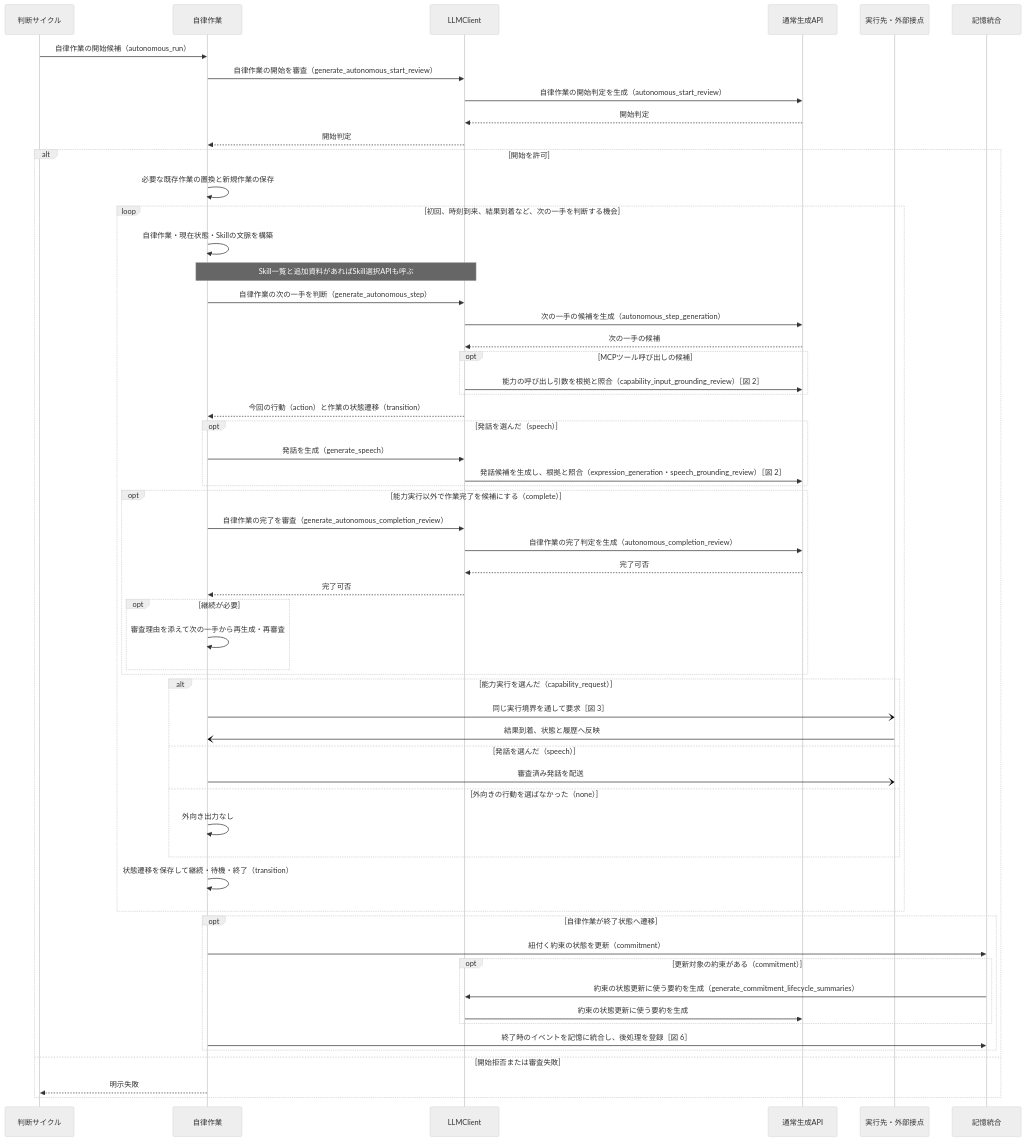
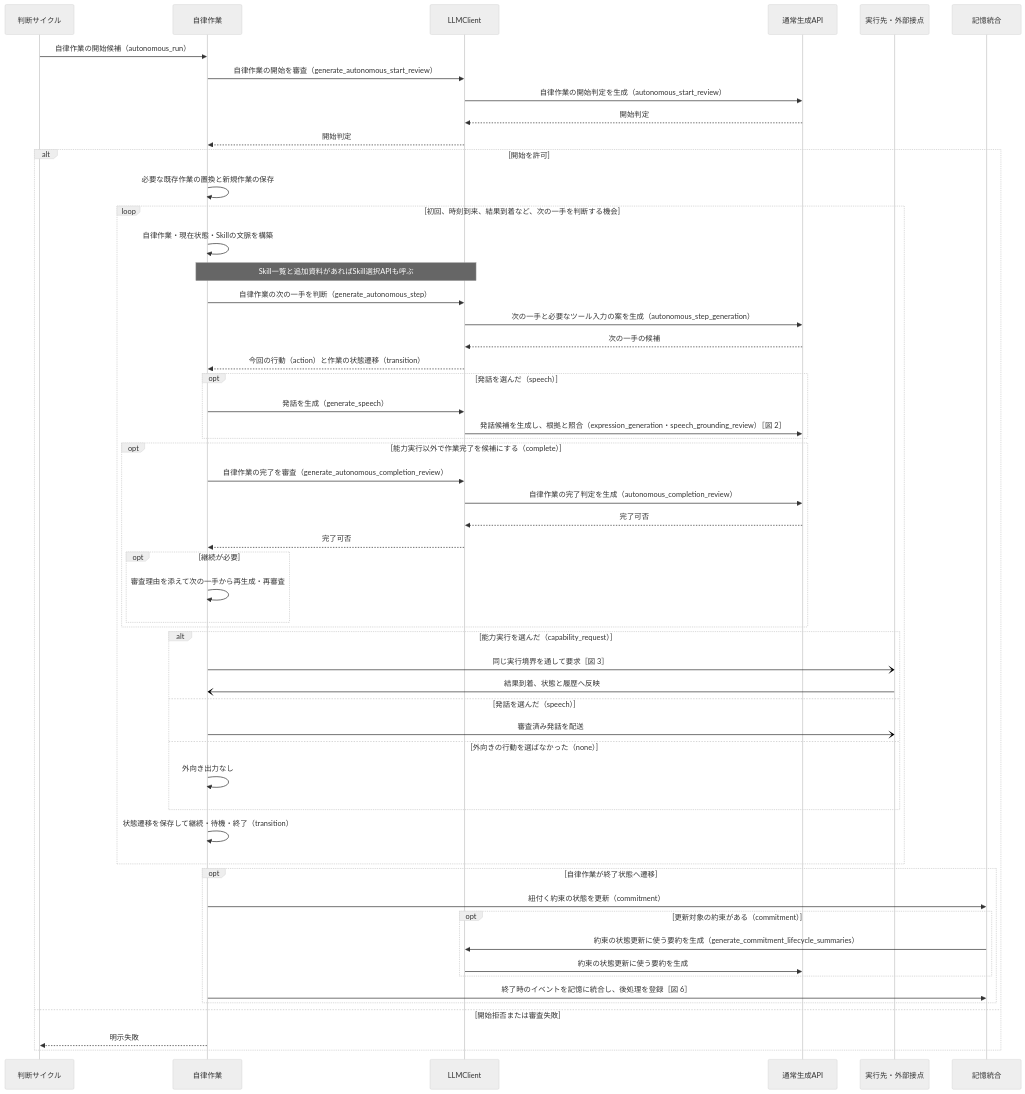
One commit to hirona98/OtomeKairo changed the fifth of 7 diagrams in docs/design/llm/LLM呼び出しシーケンス.md. Above: the diagram before and after it, drawn with Mermaid (neutral theme). The commit also changed other lines of this file and 7 other files, not shown here.

````diff
--- a/docs/design/llm/LLM呼び出しシーケンス.md
+++ b/docs/design/llm/LLM呼び出しシーケンス.md
@@ -326,61 +318,58 @@
 ```mermaid
 sequenceDiagram
     participant C as 判断サイクル
     participant A as 自律作業
     participant L as LLMClient
     participant G as 通常生成API
     participant X as 実行先・外部接点
     participant M as 記憶統合
 
     C->>A: 自律作業の開始候補（autonomous_run）
     A->>L: 自律作業の開始を審査（generate_autonomous_start_review）
     L->>G: 自律作業の開始判定を生成（autonomous_start_review）
     G-->>L: 開始判定
     L-->>A: 開始判定
     alt 開始を許可
         A->>A: 必要な既存作業の置換と新規作業の保存
         loop 初回、時刻到来、結果到着など、次の一手を判断する機会
             A->>A: 自律作業・現在状態・Skillの文脈を構築
             Note over A,L: Skill一覧と追加資料があればSkill選択APIも呼ぶ
             A->>L: 自律作業の次の一手を判断（generate_autonomous_step）
-            L->>G: 次の一手の候補を生成（autonomous_step_generation）
+            L->>G: 次の一手と必要なツール入力の案を生成（autonomous_step_generation）
             G-->>L: 次の一手の候補
-            opt MCPツール呼び出しの候補
-                L->>G: 能力の呼び出し引数を根拠と照合（capability_input_grounding_review）［図 2］
-            end
             L-->>A: 今回の行動（action）と作業の状態遷移（transition）
             opt 発話を選んだ（speech）
                 A->>L: 発話を生成（generate_speech）
                 L->>G: 発話候補を生成し、根拠と照合（expression_generation・speech_grounding_review）［図 2］
             end
             opt 能力実行以外で作業完了を候補にする（complete）
                 A->>L: 自律作業の完了を審査（generate_autonomous_completion_review）
                 L->>G: 自律作業の完了判定を生成（autonomous_completion_review）
                 G-->>L: 完了可否
                 L-->>A: 完了可否
                 opt 継続が必要
                     A->>A: 審査理由を添えて次の一手から再生成・再審査
                 end
             end
             alt 能力実行を選んだ（capability_request）
                 A-)X: 同じ実行境界を通して要求［図 3］
                 X-)A: 結果到着、状態と履歴へ反映
             else 発話を選んだ（speech）
                 A-)X: 審査済み発話を配送
             else 外向きの行動を選ばなかった（none）
                 A->>A: 外向き出力なし
             end
             A->>A: 状態遷移を保存して継続・待機・終了（transition）
         end
         opt 自律作業が終了状態へ遷移
             A->>M: 紐付く約束の状態を更新（commitment）
             opt 更新対象の約束がある（commitment）
                 M->>L: 約束の状態更新に使う要約を生成（generate_commitment_lifecycle_summaries）
                 L->>G: 約束の状態更新に使う要約を生成
             end
             A->>M: 終了時のイベントを記憶に統合し、後処理を登録［図 6］
         end
     else 開始拒否または審査失敗
         A-->>C: 明示失敗
     end
 ```
````
